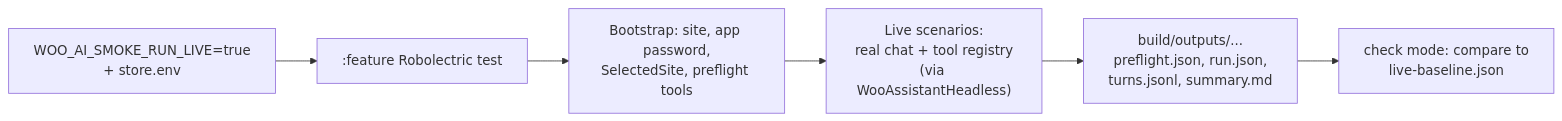
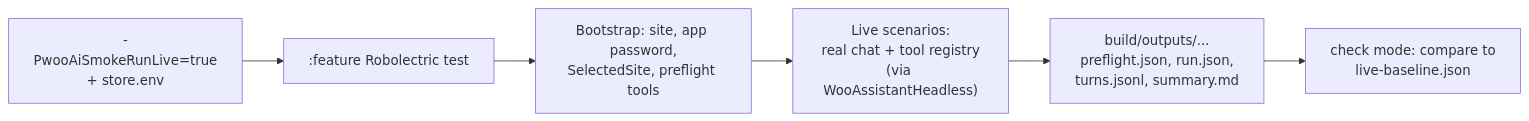
The diagram in libs/ai-assistant/docs/woo-ai-smoke-architecture.md (woocommerce/woocommerce-android), drawn with Mermaid before and after one commit. The commit also changed other lines of this file and 4 other files, not shown here.

Commit message:
Align AI smoke docs with Gradle live opt-in

````diff
--- a/libs/ai-assistant/docs/woo-ai-smoke-architecture.md
+++ b/libs/ai-assistant/docs/woo-ai-smoke-architecture.md
@@ -53,8 +55,8 @@
 ```mermaid
 flowchart LR
-    Env["WOO_AI_SMOKE_RUN_LIVE=true\n+ store.env"] --> Test[":feature Robolectric test"]
+    Env["-PwooAiSmokeRunLive=true\n+ store.env"] --> Test[":feature Robolectric test"]
     Test --> Boot["Bootstrap: site, app password,\nSelectedSite, preflight tools"]
     Boot --> Scen["Live scenarios:\nreal chat + tool registry\n(via WooAssistantHeadless)"]
     Scen --> Out["build/outputs/...\npreflight.json, run.json,\nturns.jsonl, summary.md"]
     Out --> Cmp["check mode: compare to\nlive-baseline.json"]
 ```
````
